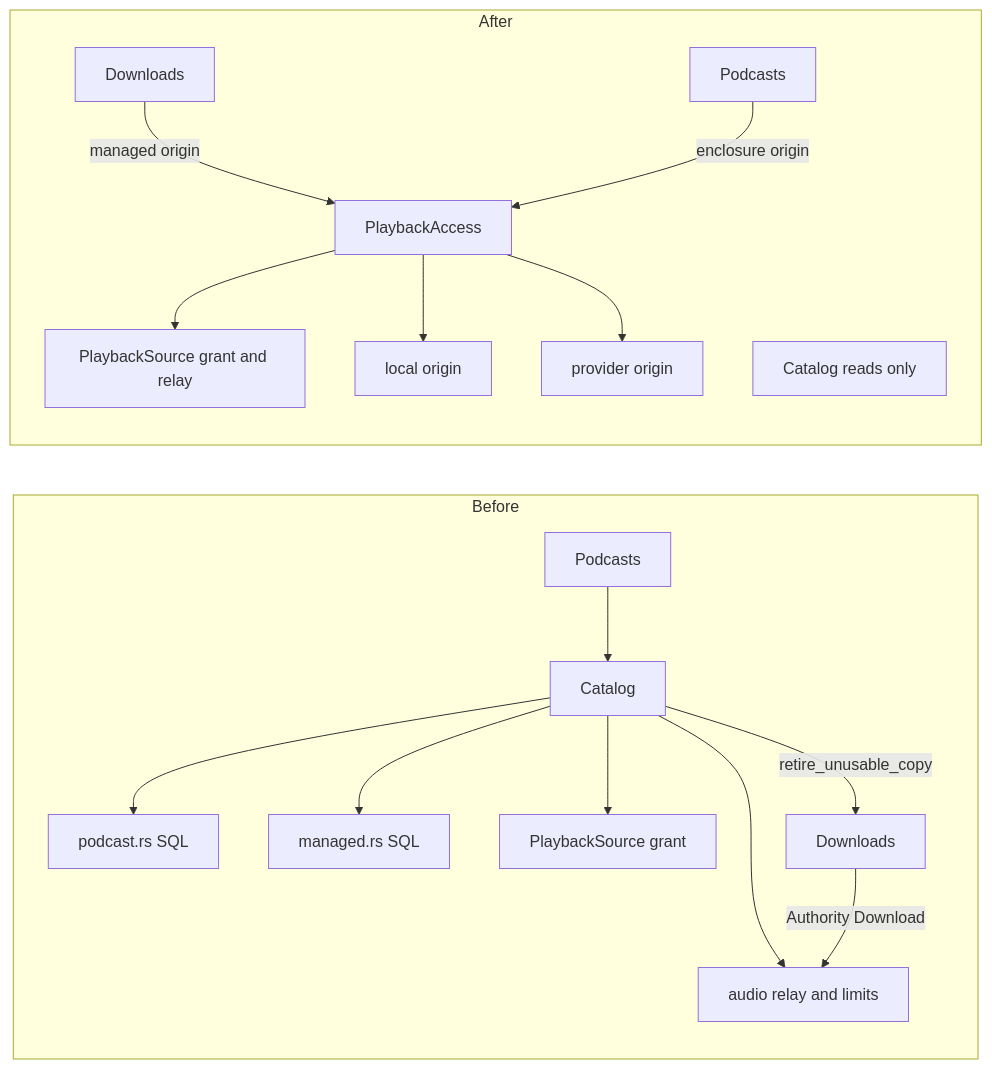
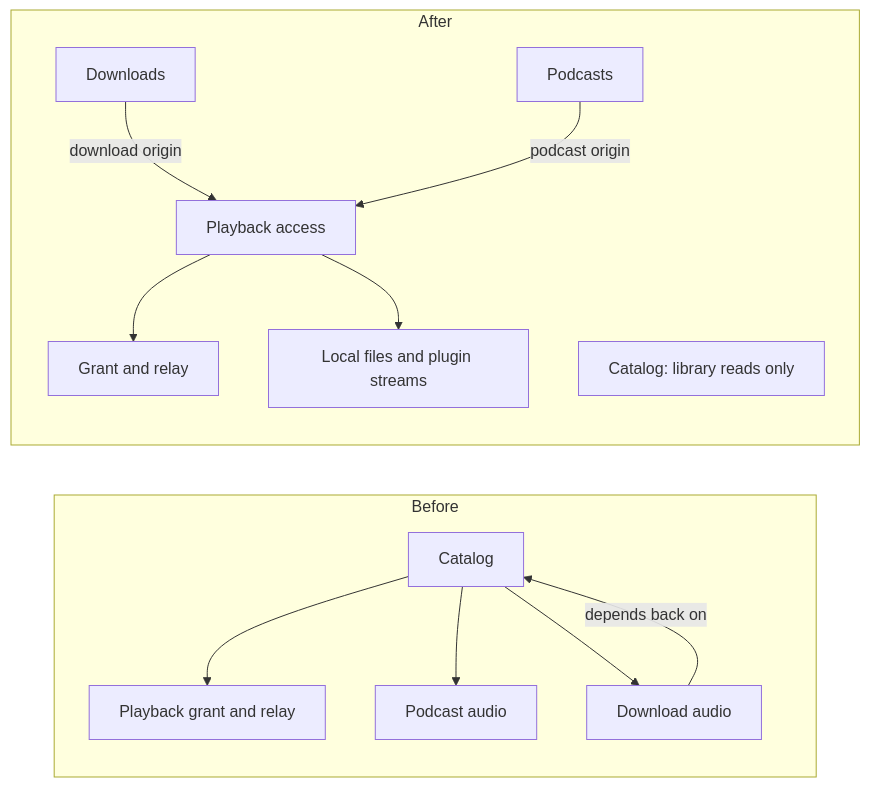
Before and after one commit to acidiney/hitoapp: the diagram in docs/rfcs/0002-playback-access-boundary.md, drawn with Mermaid. The commit also changed other lines of this file and 4 other files, not shown here.

````diff
--- a/docs/rfcs/0002-playback-access-boundary.md
+++ b/docs/rfcs/0002-playback-access-boundary.md
@@ -111,20 +61,16 @@
 ```mermaid
 flowchart LR
   subgraph Before
-    Cat1[Catalog] --> Pod1[podcast.rs SQL]
-    Cat1 --> Man1[managed.rs SQL]
-    Cat1 --> Rel1[audio relay and limits]
-    Cat1 --> Grant1[PlaybackSource grant]
-    Cat1 -->|retire_unusable_copy| Down1[Downloads]
-    Down1 -->|Authority Download| Rel1
-    Pods1[Podcasts] --> Cat1
+    Cat1[Catalog] --> Grant1[Playback grant and relay]
+    Cat1 --> Pod1[Podcast audio]
+    Cat1 --> Down1[Download audio]
+    Down1 -->|depends back on| Cat1
   end
   subgraph After
-    PA[PlaybackAccess] --> Grant2[PlaybackSource grant and relay]
-    PA --> O1[local origin]
-    PA --> O2[provider origin]
-    Down2[Downloads] -->|managed origin| PA
-    Pods2[Podcasts] -->|enclosure origin| PA
-    Cat2[Catalog reads only]
+    PA[Playback access] --> Grant2[Grant and relay]
+    PA --> L[Local files and plugin streams]
+    Down2[Downloads] -->|download origin| PA
+    Pods2[Podcasts] -->|podcast origin| PA
+    Cat2[Catalog: library reads only]
   end
 ```
````
